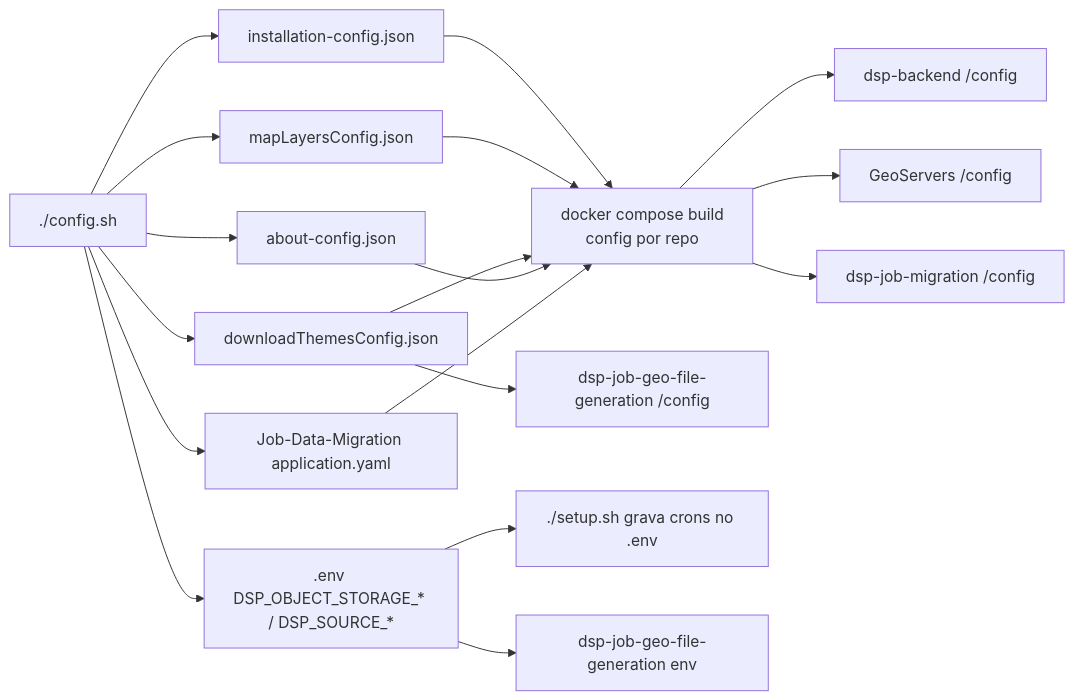
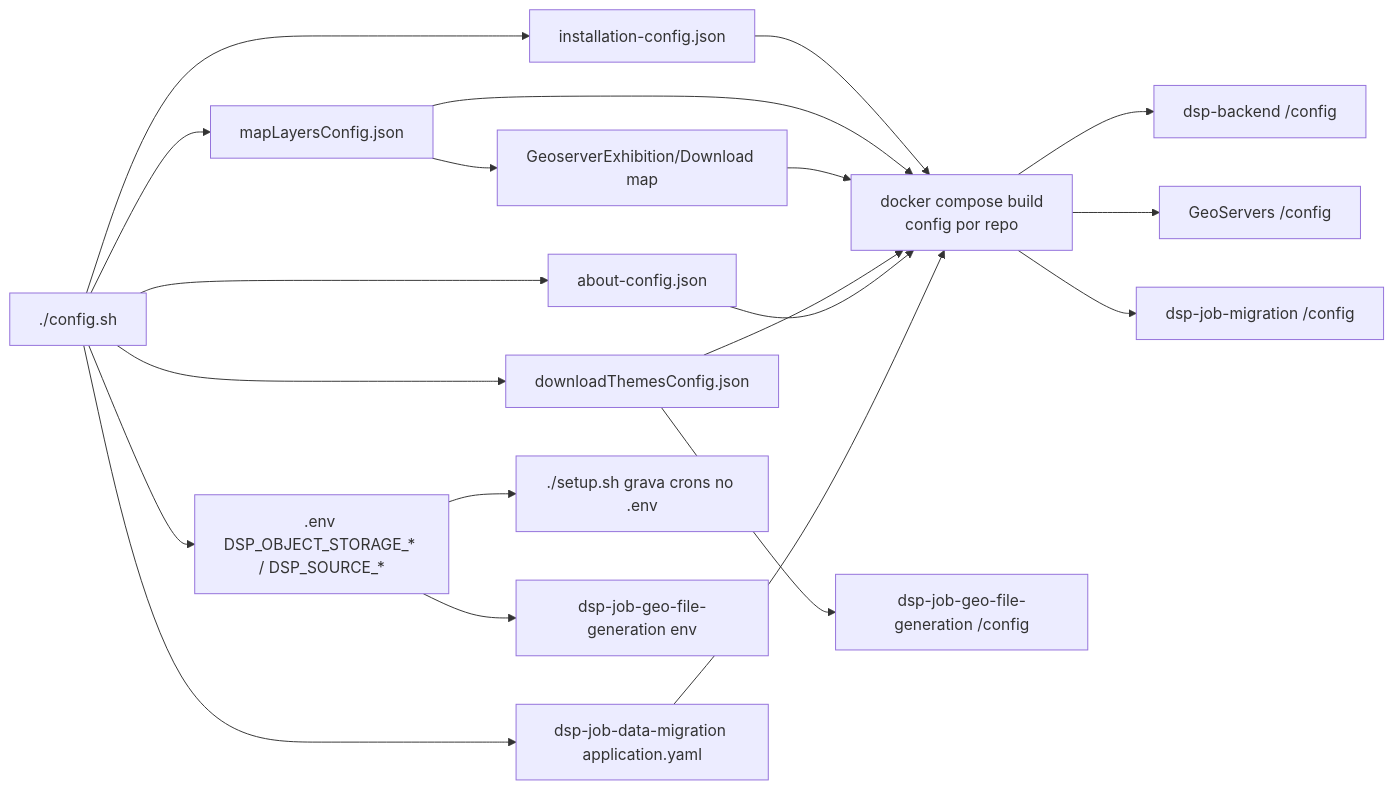
One commit to kleber-albino/rer-dsp-docs changed the third of 3 diagrams in docs/pt-br/modules/core.md. Above: the diagram before and after it, drawn with Mermaid. The commit also changed other lines of this file and 5 other files, not shown here.

Commit message:
docs: document GeoServer map paths and removal of Compose config contexts

````diff
--- a/docs/pt-br/modules/core.md
+++ b/docs/pt-br/modules/core.md
@@ -341,21 +341,23 @@
 ```mermaid
 flowchart LR
   configSh["./config.sh"]
   configSh --> installJson["installation-config.json"]
   configSh --> mapJson["mapLayersConfig.json"]
   configSh --> downloadJson["downloadThemesConfig.json"]
   configSh --> aboutJson["about-config.json"]
-  configSh --> appYaml["Job-Data-Migration application.yaml"]
+  configSh --> appYaml["dsp-job-data-migration application.yaml"]
   configSh --> dotenvStorage[".env DSP_OBJECT_STORAGE_* / DSP_SOURCE_*"]
+  mapJson --> gsMap["GeoserverExhibition/Download map"]
   installJson --> build["docker compose build<br/>config por repo"]
   mapJson --> build
+  gsMap --> build
   downloadJson --> build
   aboutJson --> build
   appYaml --> build
   downloadJson --> geoJobImg["dsp-job-geo-file-generation /config"]
   dotenvStorage --> setupSh["./setup.sh grava crons no .env"]
   build --> backendImg["dsp-backend /config"]
   build --> geoserverImg["GeoServers /config"]
   build --> jobImg["dsp-job-migration /config"]
   dotenvStorage --> geoJobEnv["dsp-job-geo-file-generation env"]
 ```
````
